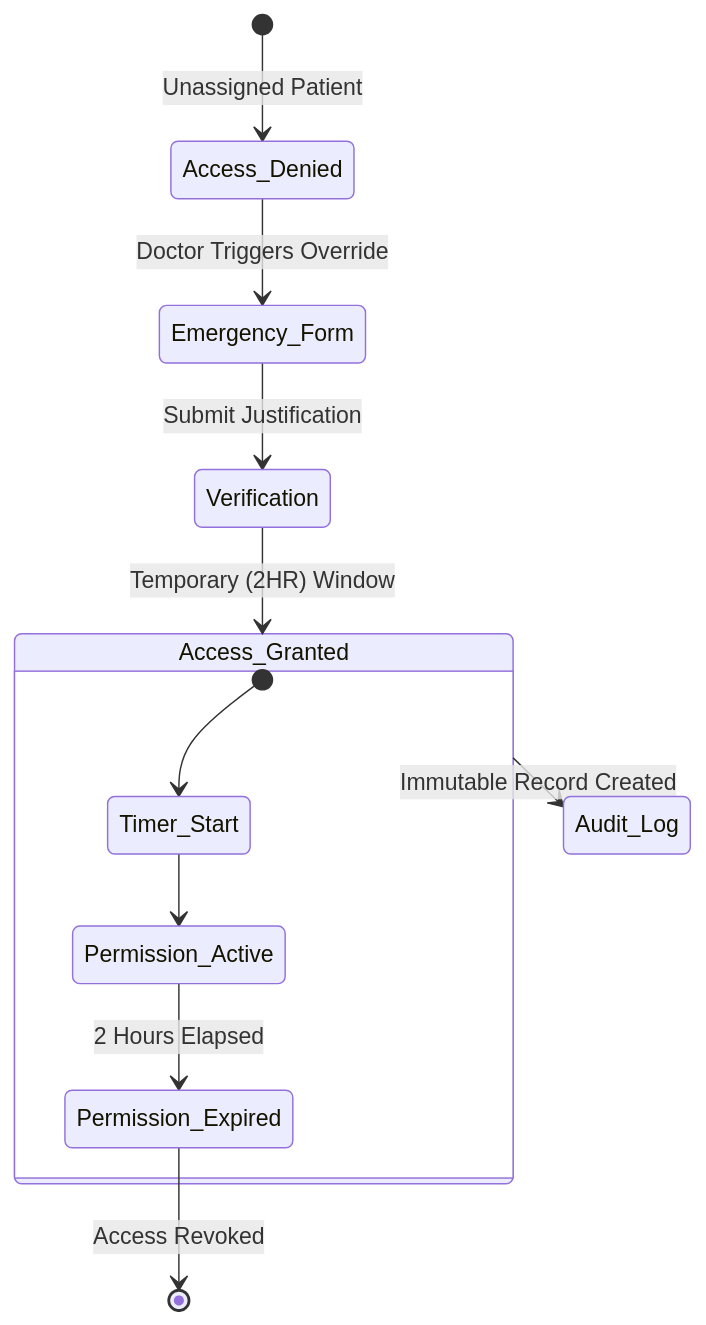
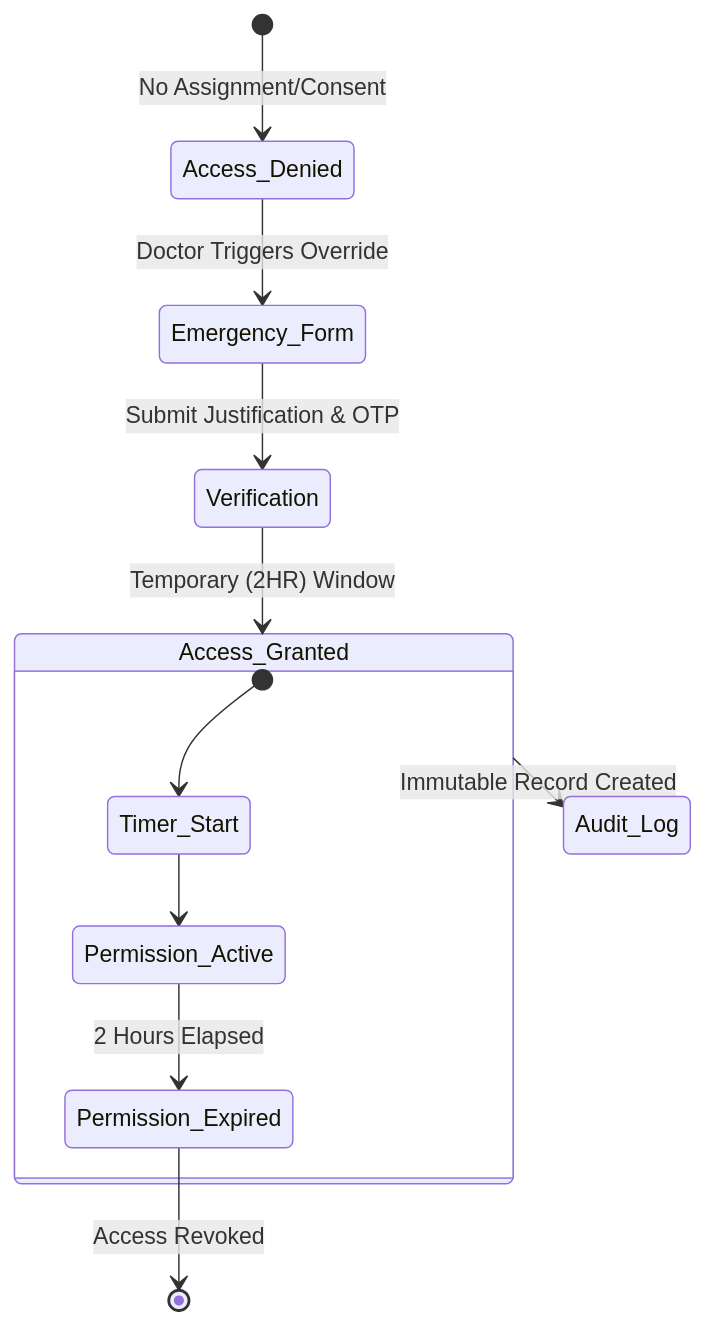
Before and after one commit to HackathonCodeBase/healthcare-auth-system: the fifth of 6 diagrams in README.md, drawn with Mermaid. The commit also changed other lines of this file and 2 other files, not shown here.

````diff
--- a/README.md
+++ b/README.md
@@ -115,16 +146,16 @@
 ```mermaid
 stateDiagram-v2
-    [*] --> Access_Denied: Unassigned Patient
+    [*] --> Access_Denied: No Assignment/Consent
     Access_Denied --> Emergency_Form: Doctor Triggers Override
-    Emergency_Form --> Verification: Submit Justification
+    Emergency_Form --> Verification: Submit Justification & OTP
     Verification --> Access_Granted: Temporary (2HR) Window
     
     state Access_Granted {
         [*] --> Timer_Start
         Timer_Start --> Permission_Active
         Permission_Active --> Permission_Expired: 2 Hours Elapsed
     }
     
     Access_Granted --> Audit_Log: Immutable Record Created
     Permission_Expired --> [*]: Access Revoked
 ```
````
